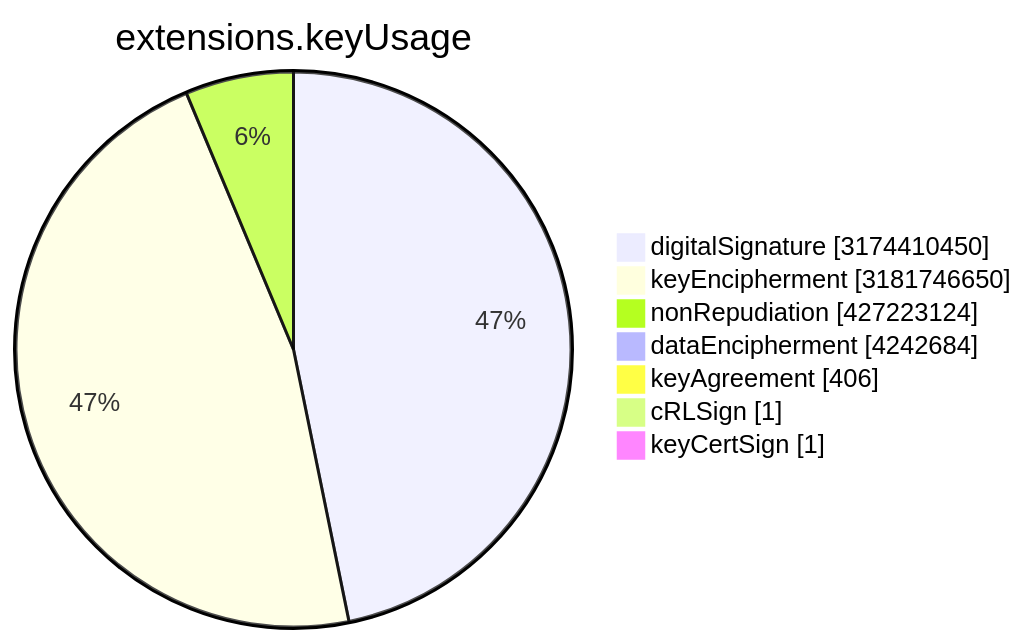
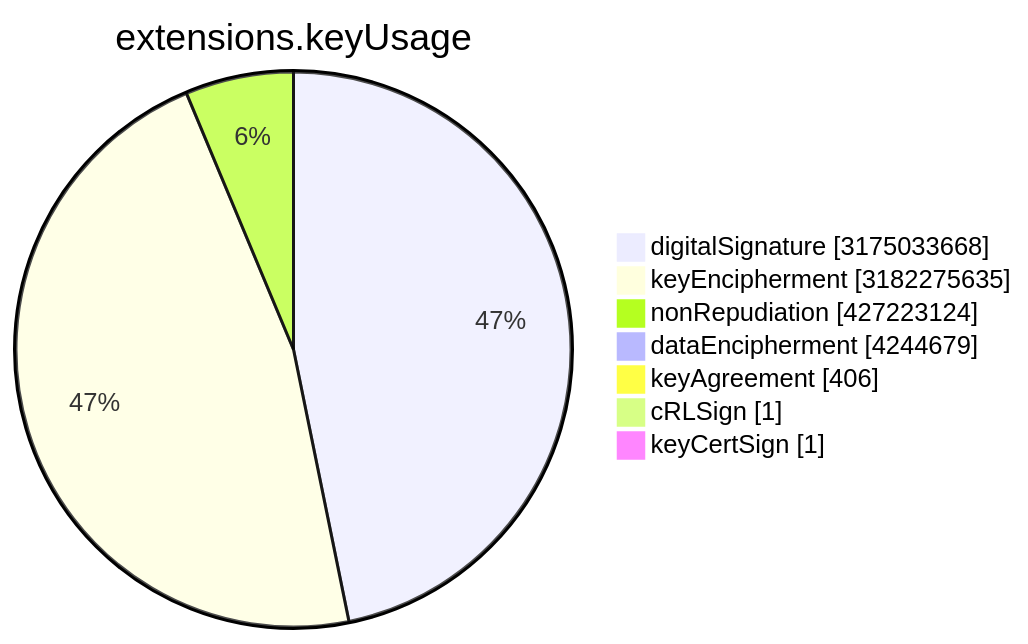
Before and after one commit to christiankrug/ctmonitor_visualization: the sixth of 15 diagrams in TOTAL/README.md, drawn with Mermaid. The commit also changed other lines of this file, not shown here.

````diff
--- a/TOTAL/README.md
+++ b/TOTAL/README.md
@@ -3077,11 +3077,11 @@
 ```mermaid
 pie showData
 title extensions.keyUsage
-"digitalSignature" :3174410450
-"keyEncipherment" :3181746650
+"digitalSignature" :3175033668
+"keyEncipherment" :3182275635
 "nonRepudiation" :427223124
-"dataEncipherment" :4242684
+"dataEncipherment" :4244679
 "keyAgreement" :406
 "cRLSign" :1
 "keyCertSign" :1
 ```
````
